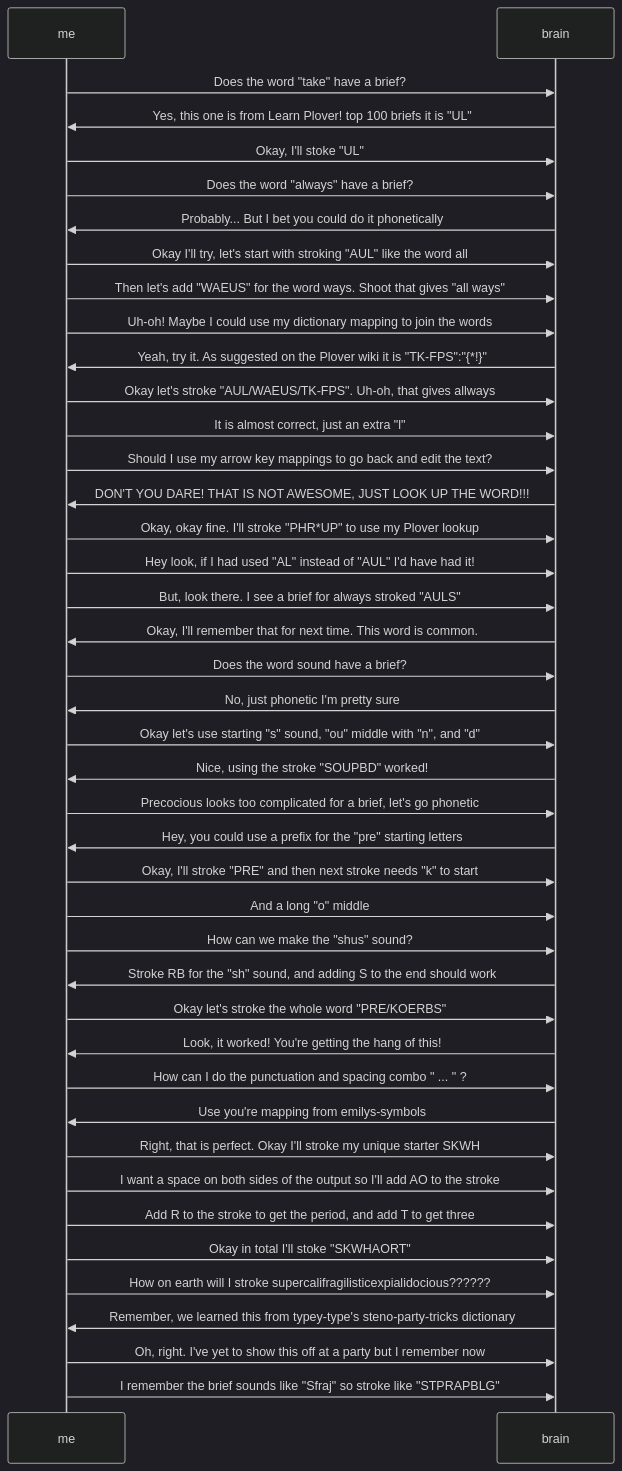
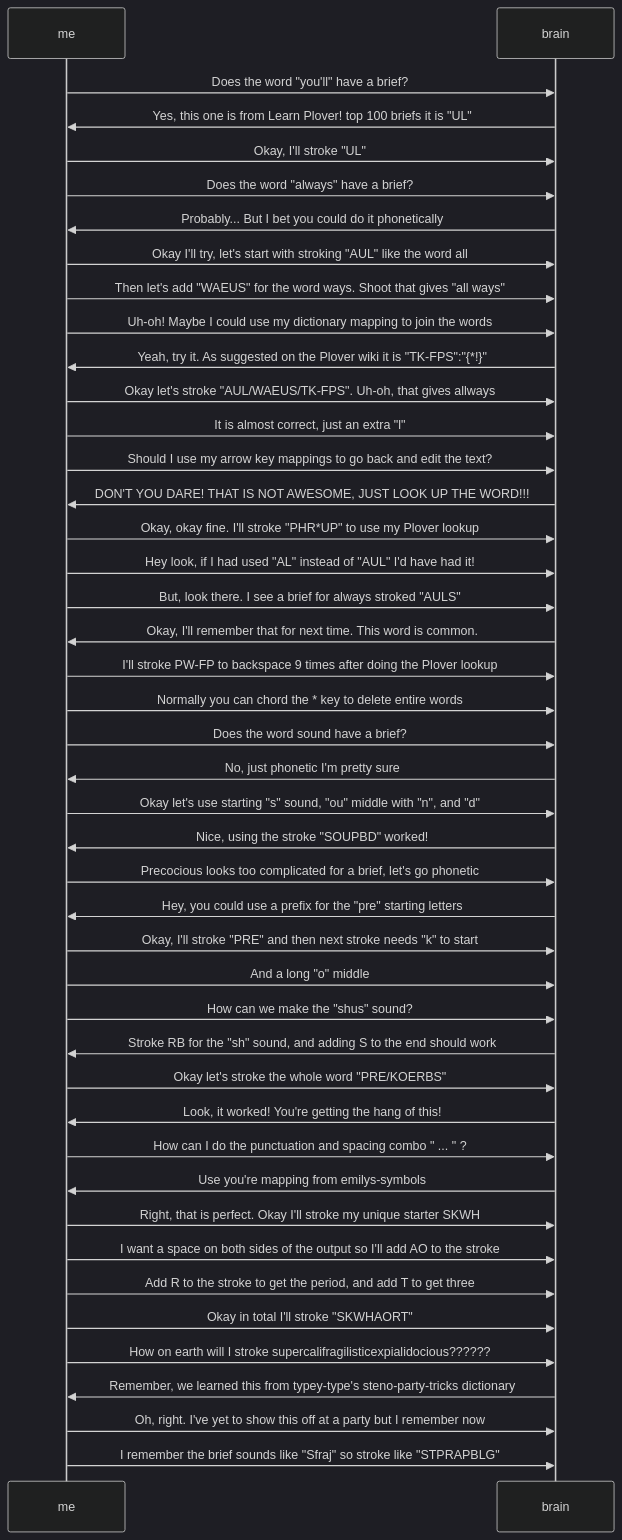
Before and after one commit to derekthecool/DereksBlogSource: the second of 2 diagrams in content/posts/My-Journey-Into-Stenography.md, drawn with Mermaid. The commit also changed other lines of this file and 7 other files, not shown here.

````diff
--- a/content/posts/My-Journey-Into-Stenography.md
+++ b/content/posts/My-Journey-Into-Stenography.md
@@ -119,44 +136,46 @@
 ```mermaid
 %%{init: {'theme':'dark'}}%%
 sequenceDiagram
 
-me ->> brain: Does the word "take" have a brief?
+me ->> brain: Does the word "you'll" have a brief?
 brain ->> me: Yes, this one is from Learn Plover! top 100 briefs it is "UL"
-me ->> brain: Okay, I'll stoke "UL"
+me ->> brain: Okay, I'll stroke "UL"
 me ->> brain: Does the word "always" have a brief?
 brain ->> me: Probably... But I bet you could do it phonetically
 me ->> brain: Okay I'll try, let's start with stroking "AUL" like the word all
 me ->> brain: Then let's add "WAEUS" for the word ways. Shoot that gives "all ways"
 me ->> brain: Uh-oh! Maybe I could use my dictionary mapping to join the words
 brain ->> me: Yeah, try it. As suggested on the Plover wiki it is "TK-FPS":"{*!}"
 me ->> brain: Okay let's stroke "AUL/WAEUS/TK-FPS". Uh-oh, that gives allways
 me ->> brain: It is almost correct, just an extra "l"
 me ->> brain: Should I use my arrow key mappings to go back and edit the text?
 brain ->> me: DON'T YOU DARE! THAT IS NOT AWESOME, JUST LOOK UP THE WORD!!!
 me ->> brain: Okay, okay fine. I'll stroke "PHR*UP" to use my Plover lookup
 me ->> brain: Hey look, if I had used "AL" instead of "AUL" I'd have had it!
 me ->> brain: But, look there. I see a brief for always stroked "AULS"
 brain ->> me: Okay, I'll remember that for next time. This word is common.
+me ->> brain: I'll stroke PW-FP to backspace 9 times after doing the Plover lookup
+me ->> brain: Normally you can chord the * key to delete entire words
 me ->> brain: Does the word sound have a brief?
 brain ->> me: No, just phonetic I'm pretty sure
 me ->> brain: Okay let's use starting "s" sound, "ou" middle with "n", and "d"
 brain ->> me: Nice, using the stroke "SOUPBD" worked!
 me ->> brain: Precocious looks too complicated for a brief, let's go phonetic
 brain ->> me: Hey, you could use a prefix for the "pre" starting letters
 me ->> brain: Okay, I'll stroke "PRE" and then next stroke needs "k" to start
 me ->> brain: And a long "o" middle
 me ->> brain: How can we make the "shus" sound?
 brain ->> me: Stroke RB for the "sh" sound, and adding S to the end should work
 me ->> brain: Okay let's stroke the whole word "PRE/KOERBS"
 brain ->> me: Look, it worked! You're getting the hang of this!
 me ->> brain: How can I do the punctuation and spacing combo " ... " ?
 brain ->> me: Use you're mapping from emilys-symbols
 me ->> brain: Right, that is perfect. Okay I'll stroke my unique starter SKWH
 me ->> brain: I want a space on both sides of the output so I'll add AO to the stroke
 me ->> brain: Add R to the stroke to get the period, and add T to get three
-me ->> brain: Okay in total I'll stoke "SKWHAORT"
+me ->> brain: Okay in total I'll stroke "SKWHAORT"
 me ->> brain: How on earth will I stroke supercalifragilisticexpialidocious??????
 brain ->> me: Remember, we learned this from typey-type's steno-party-tricks dictionary
 me ->> brain: Oh, right. I've yet to show this off at a party but I remember now
 me ->> brain: I remember the brief sounds like "Sfraj" so stroke like "STPRAPBLG"
 ```
````
